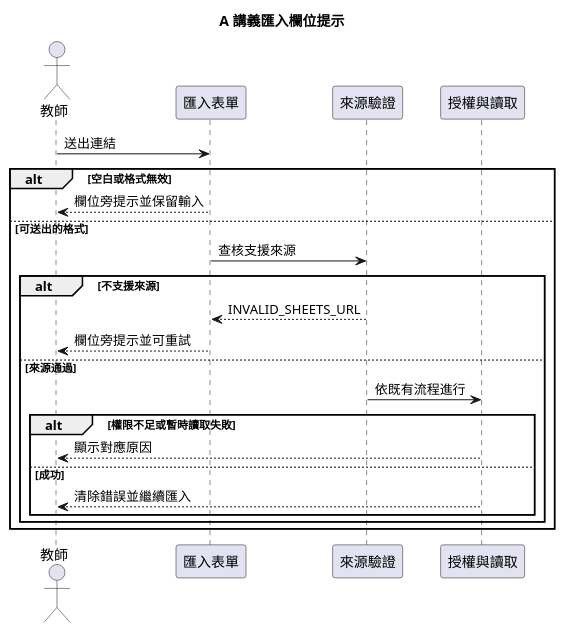
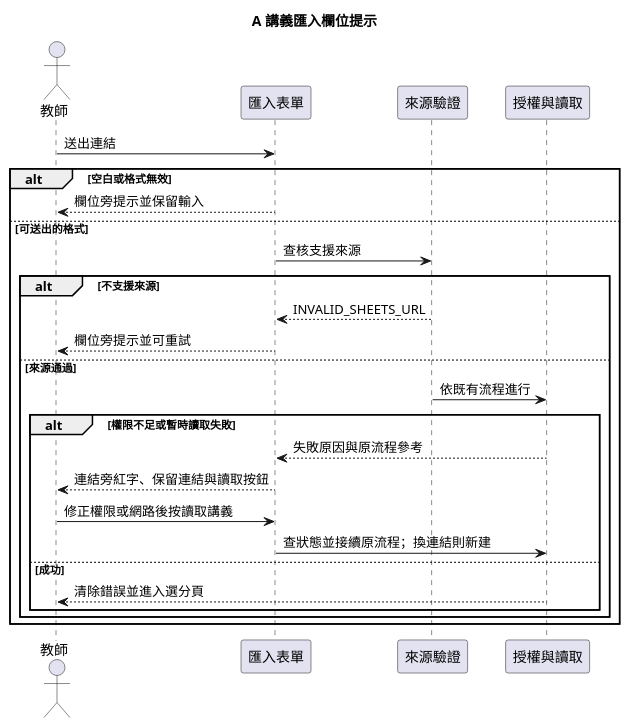
The diagram in diagrams/010-import-sequence.puml (Afra0704/se2026-group20-speckit), drawn with PlantUML before and after one commit. The commit also changed 41 other files, not shown here.

```diff
--- a/diagrams/010-import-sequence.puml
+++ b/diagrams/010-import-sequence.puml
@@ -1,24 +1,27 @@
 @startuml
 title A 講義匯入欄位提示
 actor 教師
 participant 匯入表單
 participant 來源驗證
 participant 授權與讀取
 教師 -> 匯入表單 : 送出連結
 alt 空白或格式無效
   匯入表單 --> 教師 : 欄位旁提示並保留輸入
 else 可送出的格式
   匯入表單 -> 來源驗證 : 查核支援來源
   alt 不支援來源
     來源驗證 --> 匯入表單 : INVALID_SHEETS_URL
     匯入表單 --> 教師 : 欄位旁提示並可重試
   else 來源通過
     來源驗證 -> 授權與讀取 : 依既有流程進行
     alt 權限不足或暫時讀取失敗
-      授權與讀取 --> 教師 : 顯示對應原因
+      授權與讀取 --> 匯入表單 : 失敗原因與原流程參考
+      匯入表單 --> 教師 : 連結旁紅字、保留連結與讀取按鈕
+      教師 -> 匯入表單 : 修正權限或網路後按讀取講義
+      匯入表單 -> 授權與讀取 : 查狀態並接續原流程；換連結則新建
     else 成功
-      授權與讀取 --> 教師 : 清除錯誤並繼續匯入
+      授權與讀取 --> 教師 : 清除錯誤並進入選分頁
     end
   end
 end
 @enduml
```
